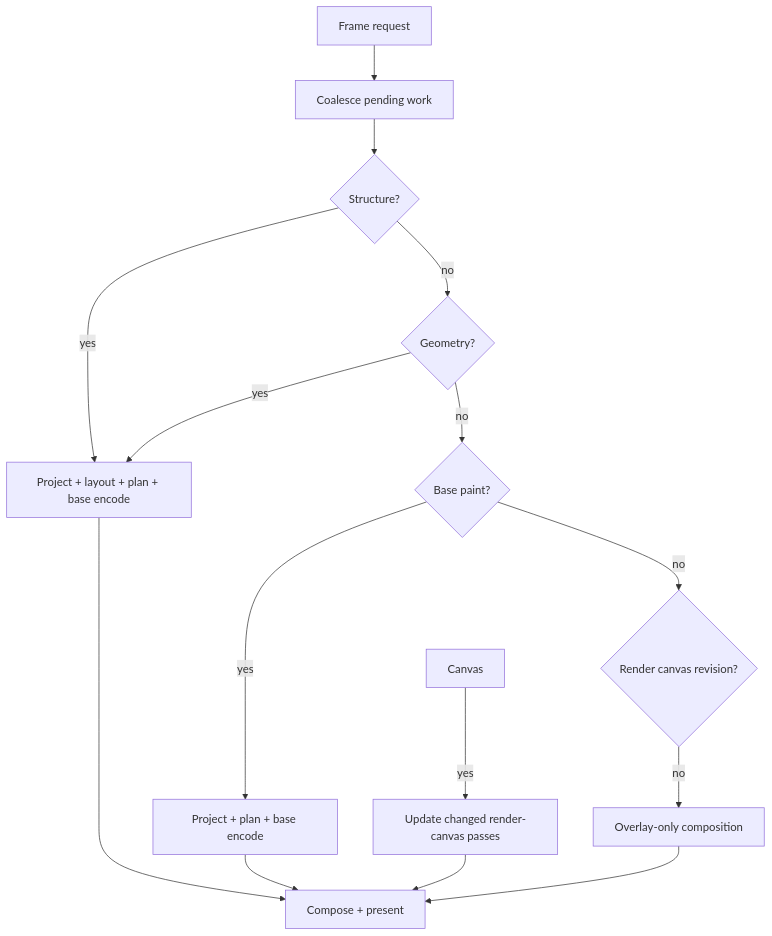
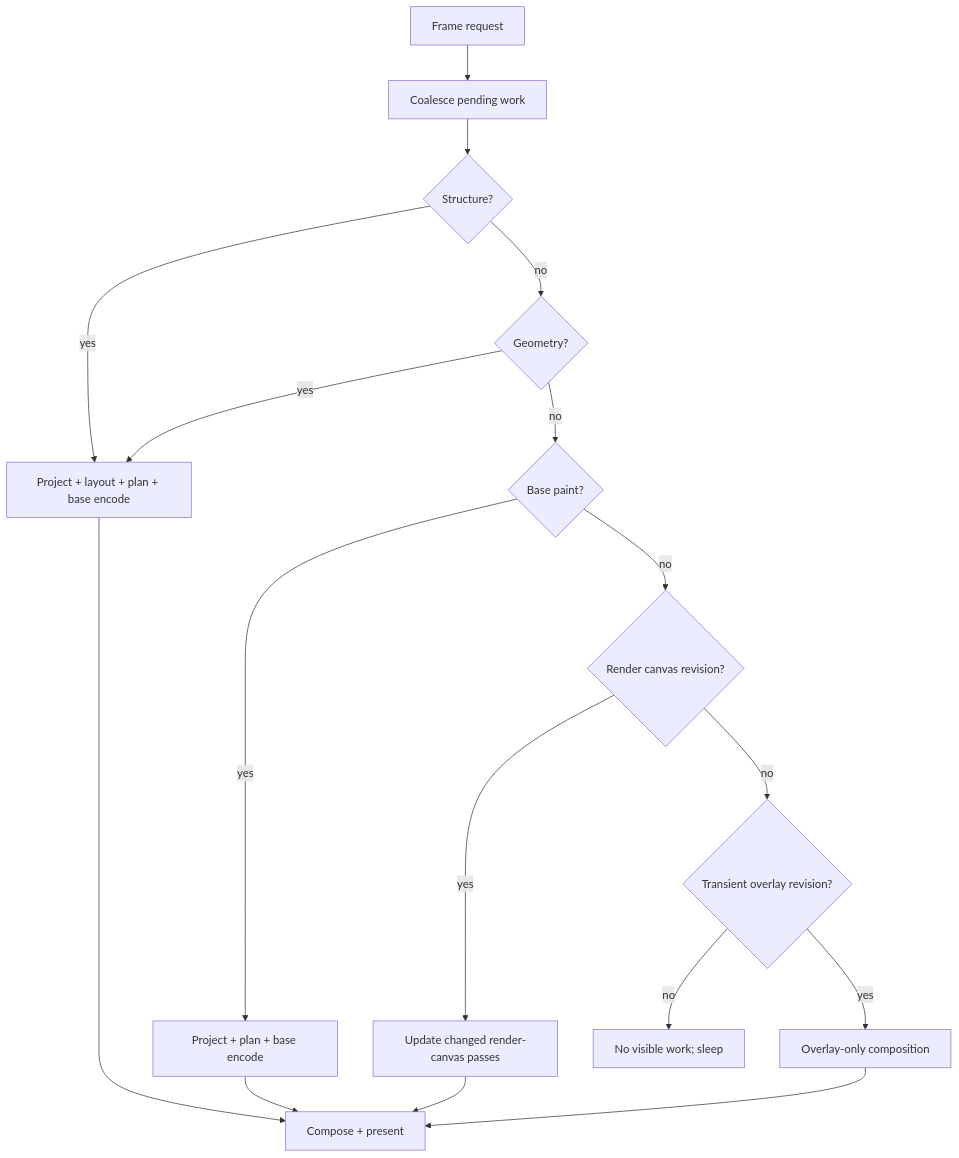
Diagram 11 of 12 in docs/DESIGN_DIRECTION.md (PORTALSURFER/radiant), drawn with Mermaid before and after one commit. The commit also changed other lines of this file, not shown here.

````diff
--- a/docs/DESIGN_DIRECTION.md
+++ b/docs/DESIGN_DIRECTION.md
@@ -2830,17 +2961,19 @@
 ```mermaid
 flowchart TD
   Request["Frame request"] --> Coalesce["Coalesce pending work"]
   Coalesce --> Structure{"Structure?"}
   Structure -- yes --> Layout["Project + layout + plan + base encode"]
   Structure -- no --> Geometry{"Geometry?"}
   Geometry -- yes --> Layout
   Geometry -- no --> Base{"Base paint?"}
   Base -- yes --> Encode["Project + plan + base encode"]
-  Base -- no --> Surface{"Render canvas revision?"}
-  Canvas -- yes --> Gpu["Update changed render-canvas passes"]
-  Surface -- no --> Overlay["Overlay-only composition"]
+  Base -- no --> CanvasChanged{"Render canvas revision?"}
+  CanvasChanged -- yes --> Gpu["Update changed render-canvas passes"]
+  CanvasChanged -- no --> OverlayChanged{"Transient overlay revision?"}
+  OverlayChanged -- yes --> Overlay["Overlay-only composition"]
+  OverlayChanged -- no --> Idle["No visible work; sleep"]
   Layout --> Compose["Compose + present"]
   Encode --> Compose
   Gpu --> Compose
   Overlay --> Compose
 ```
````
